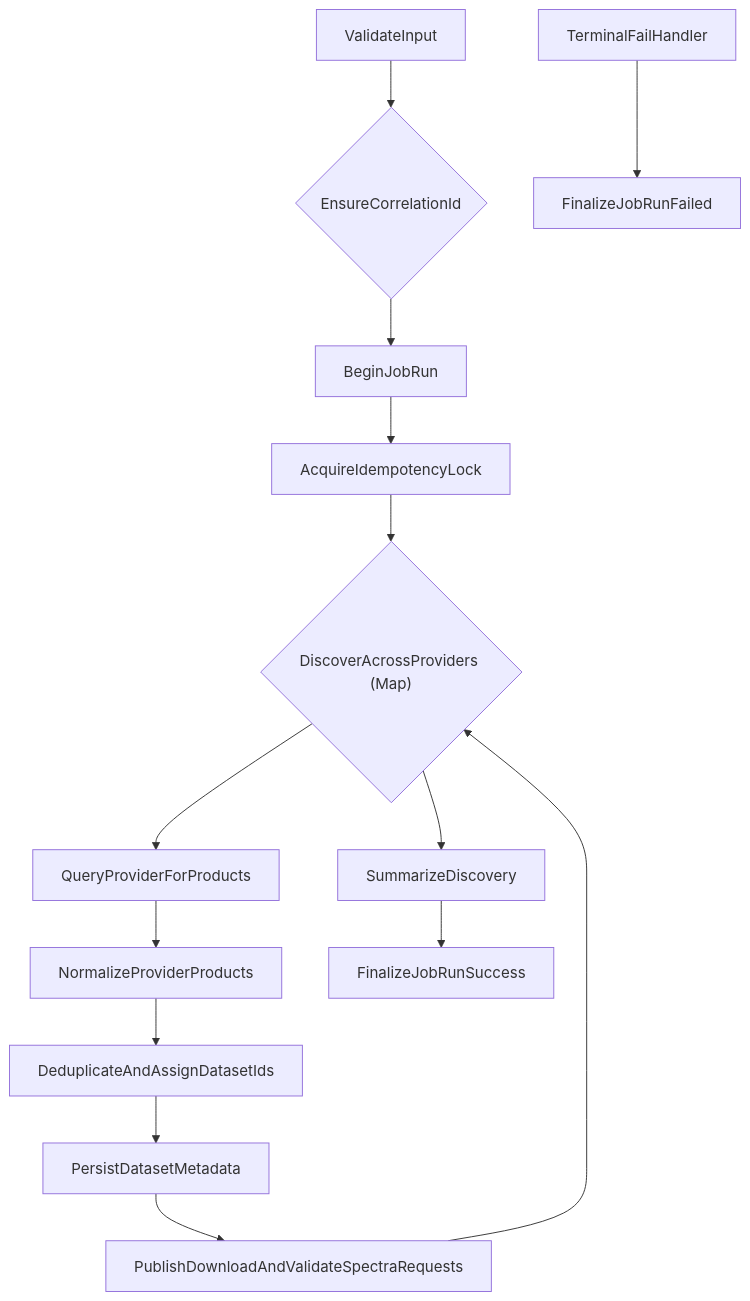
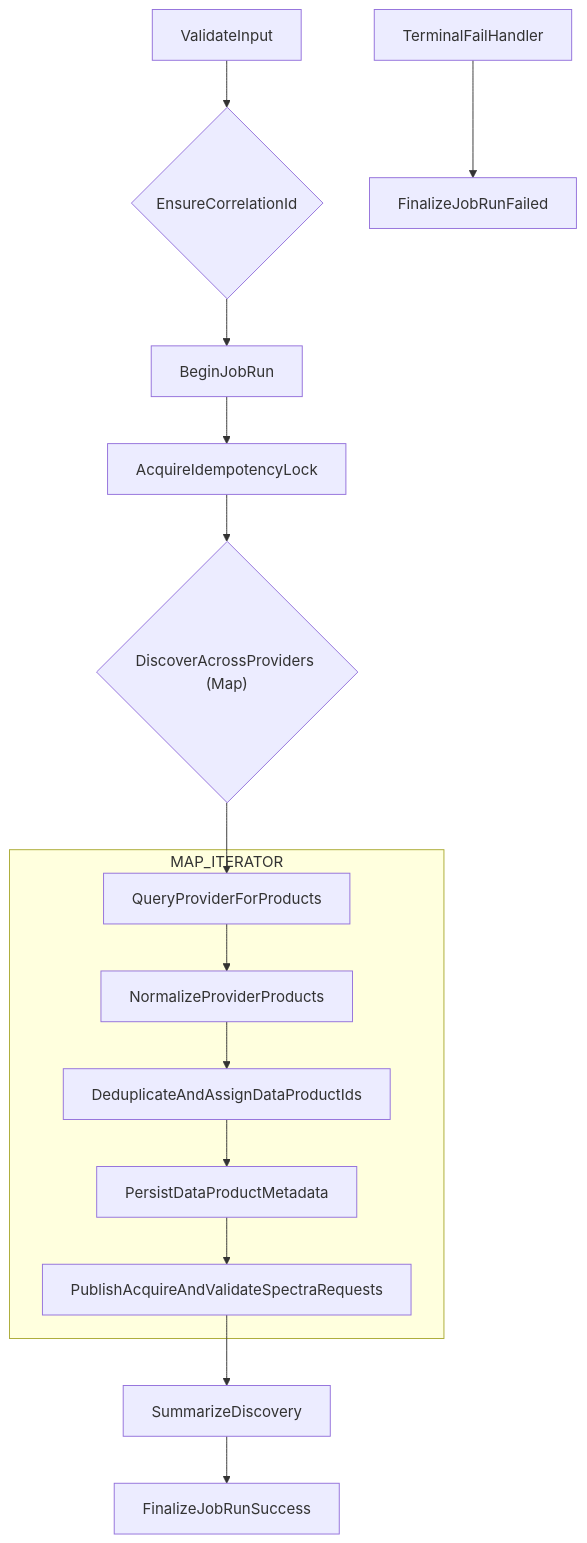
The diagram in docs/diagrams/workflow-discover-spectra-products.md (finzellt/aws_nova_cat), drawn with Mermaid before and after one commit. The commit also changed 24 other files, not shown here.

First line of the commit message:
refactor(workflows): refactor spectra workflows for data_product_id and acquisition

````diff
--- a/docs/diagrams/workflow-discover-spectra-products.md
+++ b/docs/diagrams/workflow-discover-spectra-products.md
@@ -1,20 +1,23 @@
 ```mermaid
 flowchart TD
   A[ValidateInput] --> B{EnsureCorrelationId}
   B --> C[BeginJobRun]
   C --> D[AcquireIdempotencyLock]
   D --> E{"DiscoverAcrossProviders (Map)"}
 
-  E --> F[QueryProviderForProducts]
-  F --> G[NormalizeProviderProducts]
-  G --> H[DeduplicateAndAssignDatasetIds]
-  H --> I[PersistDatasetMetadata]
-  I --> J[PublishDownloadAndValidateSpectraRequests]
-  J --> E
+  subgraph MAP_ITERATOR
+    F[QueryProviderForProducts]
+    G[NormalizeProviderProducts]
+    H[DeduplicateAndAssignDataProductIds]
+    I[PersistDataProductMetadata]
+    J[PublishAcquireAndValidateSpectraRequests]
 
-  E --> K[SummarizeDiscovery]
+    F --> G --> H --> I --> J
+  end
+
+  E --> F
+  J --> K[SummarizeDiscovery]
   K --> L[FinalizeJobRunSuccess]
 
   TF[TerminalFailHandler] --> FF[FinalizeJobRunFailed]
-
 ```
````
